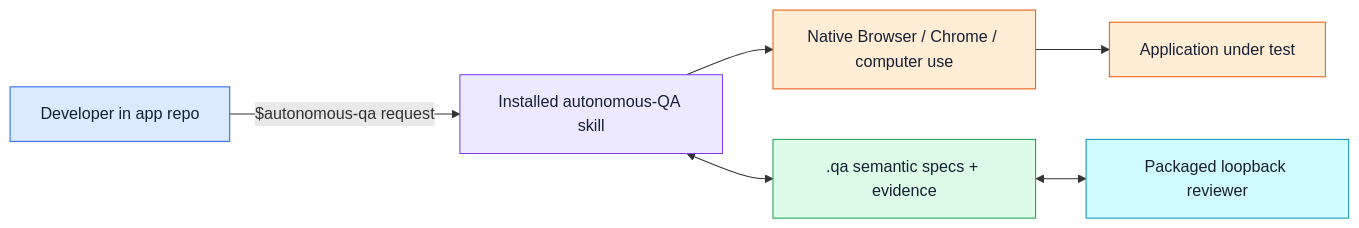
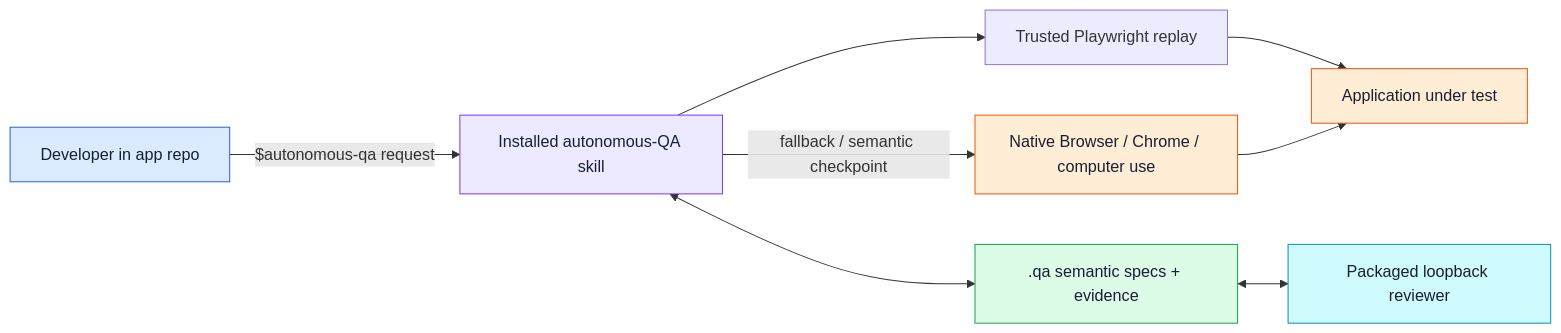
The diagram in README.md (sudip-mondal-2002/Automated-QA), drawn with Mermaid before and after one commit. The commit also changed other lines of this file and 124 other files, not shown here.

````diff
--- a/README.md
+++ b/README.md
@@ -177,19 +231,21 @@
 ```mermaid
 flowchart LR
     DEV["Developer in app repo"] -->|"$autonomous-qa request"| SKILL["Installed autonomous-QA skill"]
-    SKILL --> APP["Native Browser / Chrome / computer use"]
+    SKILL --> REPLAY["Trusted Playwright replay"]
+    REPLAY --> TARGET["Application under test"]
+    SKILL -->|"fallback / semantic checkpoint"| APP["Native Browser / Chrome / computer use"]
     APP --> TARGET["Application under test"]
     SKILL <--> FILES[".qa semantic specs + evidence"]
     FILES <--> UI["Packaged loopback reviewer"]
 
     classDef dev fill:#DBEAFE,stroke:#2563EB,color:#172033;
     classDef skill fill:#EDE9FE,stroke:#7C3AED,color:#172033;
     classDef native fill:#FFEDD5,stroke:#EA580C,color:#172033;
     classDef files fill:#DCFCE7,stroke:#16A34A,color:#172033;
     classDef ui fill:#CFFAFE,stroke:#0891B2,color:#172033;
     class DEV dev;
     class SKILL skill;
     class APP,TARGET native;
     class FILES files;
     class UI ui;
 ```
````
